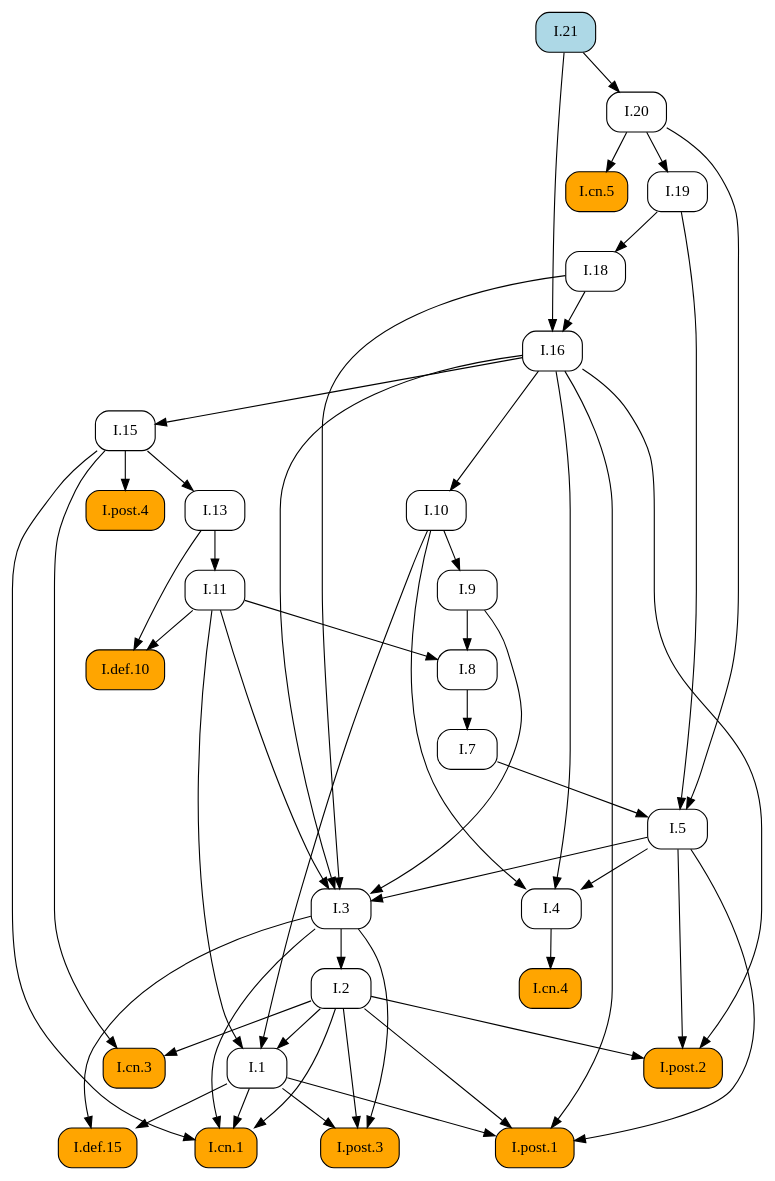
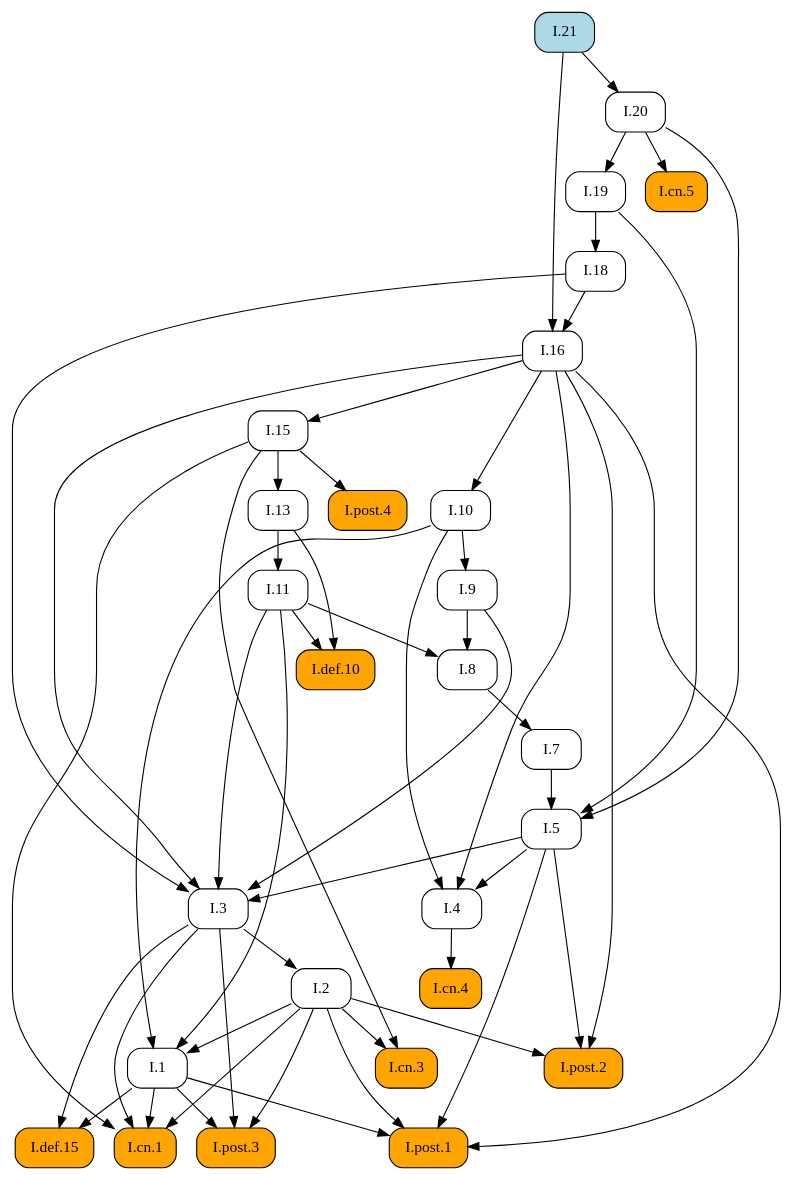
One commit to geometor/elements changed the diagram in docsrc/heath/I/21/index.rst. Above: the diagram before and after it, drawn with Graphviz. The commit also changed other lines of this file and 1029 other files, not shown here.

```diff
--- a/docsrc/heath/I/21/index.rst
+++ b/docsrc/heath/I/21/index.rst
@@ -77,82 +77,82 @@
    digraph {
      rankdir="TB";
      node [shape=box, style=rounded];
-     "I.13" [URL="/heath/I/13/", target="_top"];
-     "I.cn.3" [style="rounded,filled", fillcolor=orange, URL="/heath/I/cn.3/", target="_top"];
-     "I.5" [URL="/heath/I/5/", target="_top"];
+     "I.def.10" [style="rounded,filled", fillcolor=orange, URL="/heath/I/def.10/", target="_top"];
+     "I.cn.5" [style="rounded,filled", fillcolor=orange, URL="/heath/I/cn.5/", target="_top"];
+     "I.post.4" [style="rounded,filled", fillcolor=orange, URL="/heath/I/post.4/", target="_top"];
+     "I.1" [URL="/heath/I/1/", target="_top"];
      "I.11" [URL="/heath/I/11/", target="_top"];
      "I.7" [URL="/heath/I/7/", target="_top"];
+     "I.20" [URL="/heath/I/20/", target="_top"];
+     "I.3" [URL="/heath/I/3/", target="_top"];
+     "I.2" [URL="/heath/I/2/", target="_top"];
+     "I.4" [URL="/heath/I/4/", target="_top"];
+     "I.13" [URL="/heath/I/13/", target="_top"];
+     "I.21" [style="rounded,filled", fillcolor=lightblue, URL="/heath/I/21/", target="_top"];
+     "I.post.2" [style="rounded,filled", fillcolor=orange, URL="/heath/I/post.2/", target="_top"];
+     "I.18" [URL="/heath/I/18/", target="_top"];
+     "I.16" [URL="/heath/I/16/", target="_top"];
+     "I.def.15" [style="rounded,filled", fillcolor=orange, URL="/heath/I/def.15/", target="_top"];
+     "I.19" [URL="/heath/I/19/", target="_top"];
+     "I.post.3" [style="rounded,filled", fillcolor=orange, URL="/heath/I/post.3/", target="_top"];
+     "I.9" [URL="/heath/I/9/", target="_top"];
+     "I.cn.1" [style="rounded,filled", fillcolor=orange, URL="/heath/I/cn.1/", target="_top"];
+     "I.cn.3" [style="rounded,filled", fillcolor=orange, URL="/heath/I/cn.3/", target="_top"];
+     "I.8" [URL="/heath/I/8/", target="_top"];
+     "I.cn.4" [style="rounded,filled", fillcolor=orange, URL="/heath/I/cn.4/", target="_top"];
+     "I.15" [URL="/heath/I/15/", target="_top"];
+     "I.post.1" [style="rounded,filled", fillcolor=orange, URL="/heath/I/post.1/", target="_top"];
      "I.10" [URL="/heath/I/10/", target="_top"];
-     "I.4" [URL="/heath/I/4/", target="_top"];
-     "I.3" [URL="/heath/I/3/", target="_top"];
-     "I.16" [URL="/heath/I/16/", target="_top"];
-     "I.8" [URL="/heath/I/8/", target="_top"];
-     "I.9" [URL="/heath/I/9/", target="_top"];
-     "I.def.10" [style="rounded,filled", fillcolor=orange, URL="/heath/I/def.10/", target="_top"];
-     "I.post.4" [style="rounded,filled", fillcolor=orange, URL="/heath/I/post.4/", target="_top"];
-     "I.post.2" [style="rounded,filled", fillcolor=orange, URL="/heath/I/post.2/", target="_top"];
-     "I.2" [URL="/heath/I/2/", target="_top"];
-     "I.def.15" [style="rounded,filled", fillcolor=orange, URL="/heath/I/def.15/", target="_top"];
-     "I.1" [URL="/heath/I/1/", target="_top"];
-     "I.post.3" [style="rounded,filled", fillcolor=orange, URL="/heath/I/post.3/", target="_top"];
-     "I.post.1" [style="rounded,filled", fillcolor=orange, URL="/heath/I/post.1/", target="_top"];
-     "I.cn.5" [style="rounded,filled", fillcolor=orange, URL="/heath/I/cn.5/", target="_top"];
-     "I.20" [URL="/heath/I/20/", target="_top"];
-     "I.cn.4" [style="rounded,filled", fillcolor=orange, URL="/heath/I/cn.4/", target="_top"];
-     "I.cn.1" [style="rounded,filled", fillcolor=orange, URL="/heath/I/cn.1/", target="_top"];
-     "I.15" [URL="/heath/I/15/", target="_top"];
-     "I.19" [URL="/heath/I/19/", target="_top"];
-     "I.21" [style="rounded,filled", fillcolor=lightblue, URL="/heath/I/21/", target="_top"];
-     "I.18" [URL="/heath/I/18/", target="_top"];
-     "I.15" -> "I.13";
-     "I.2" -> "I.cn.3";
-     "I.15" -> "I.cn.3";
-     "I.7" -> "I.5";
-     "I.19" -> "I.5";
-     "I.20" -> "I.5";
+     "I.5" [URL="/heath/I/5/", target="_top"];
+     "I.11" -> "I.def.10";
+     "I.13" -> "I.def.10";
+     "I.20" -> "I.cn.5";
+     "I.15" -> "I.post.4";
+     "I.2" -> "I.1";
+     "I.10" -> "I.1";
+     "I.11" -> "I.1";
      "I.13" -> "I.11";
      "I.8" -> "I.7";
-     "I.16" -> "I.10";
-     "I.5" -> "I.4";
-     "I.10" -> "I.4";
-     "I.16" -> "I.4";
+     "I.21" -> "I.20";
      "I.5" -> "I.3";
      "I.9" -> "I.3";
      "I.11" -> "I.3";
      "I.16" -> "I.3";
      "I.18" -> "I.3";
-     "I.18" -> "I.16";
-     "I.21" -> "I.16";
-     "I.9" -> "I.8";
-     "I.11" -> "I.8";
-     "I.10" -> "I.9";
-     "I.11" -> "I.def.10";
-     "I.13" -> "I.def.10";
-     "I.15" -> "I.post.4";
+     "I.3" -> "I.2";
+     "I.5" -> "I.4";
+     "I.10" -> "I.4";
+     "I.16" -> "I.4";
+     "I.15" -> "I.13";
      "I.2" -> "I.post.2";
      "I.5" -> "I.post.2";
      "I.16" -> "I.post.2";
-     "I.3" -> "I.2";
+     "I.19" -> "I.18";
+     "I.18" -> "I.16";
+     "I.21" -> "I.16";
      "I.1" -> "I.def.15";
      "I.3" -> "I.def.15";
-     "I.2" -> "I.1";
-     "I.10" -> "I.1";
-     "I.11" -> "I.1";
+     "I.20" -> "I.19";
      "I.1" -> "I.post.3";
      "I.2" -> "I.post.3";
      "I.3" -> "I.post.3";
+     "I.10" -> "I.9";
+     "I.1" -> "I.cn.1";
+     "I.2" -> "I.cn.1";
+     "I.3" -> "I.cn.1";
+     "I.15" -> "I.cn.1";
+     "I.2" -> "I.cn.3";
+     "I.15" -> "I.cn.3";
+     "I.9" -> "I.8";
+     "I.11" -> "I.8";
+     "I.4" -> "I.cn.4";
+     "I.16" -> "I.15";
      "I.1" -> "I.post.1";
      "I.2" -> "I.post.1";
      "I.5" -> "I.post.1";
      "I.16" -> "I.post.1";
-     "I.20" -> "I.cn.5";
-     "I.21" -> "I.20";
-     "I.4" -> "I.cn.4";
-     "I.1" -> "I.cn.1";
-     "I.2" -> "I.cn.1";
-     "I.3" -> "I.cn.1";
-     "I.15" -> "I.cn.1";
-     "I.16" -> "I.15";
-     "I.20" -> "I.19";
-     "I.19" -> "I.18";
+     "I.16" -> "I.10";
+     "I.7" -> "I.5";
+     "I.19" -> "I.5";
+     "I.20" -> "I.5";
    }
```
